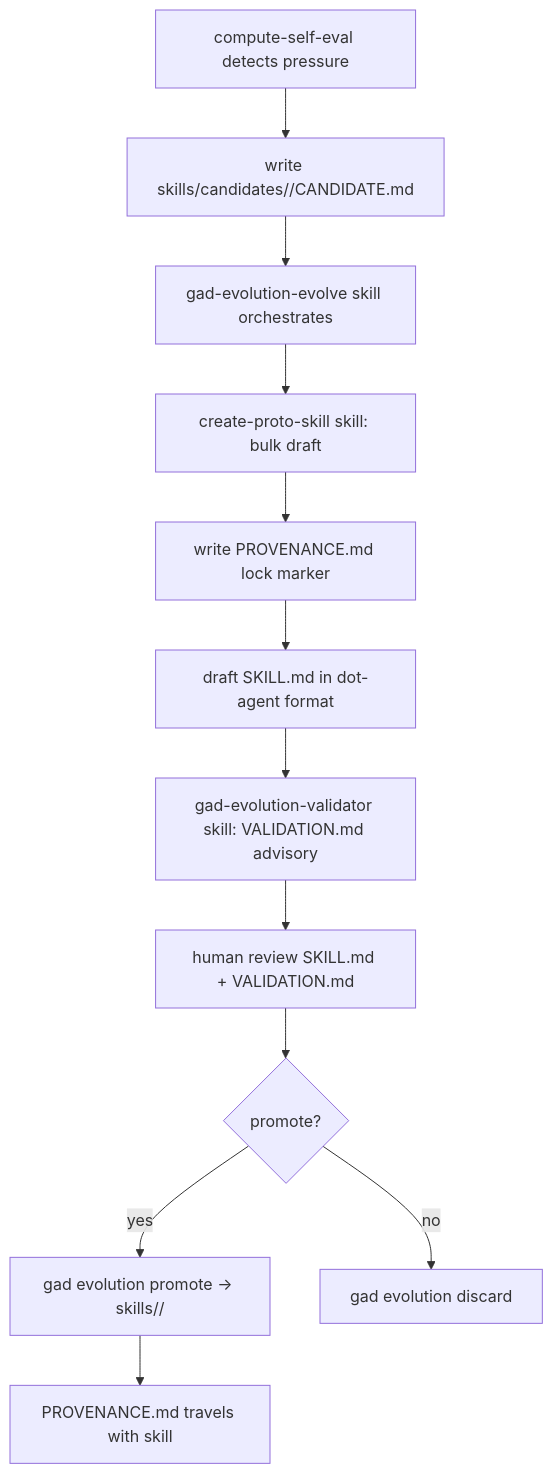
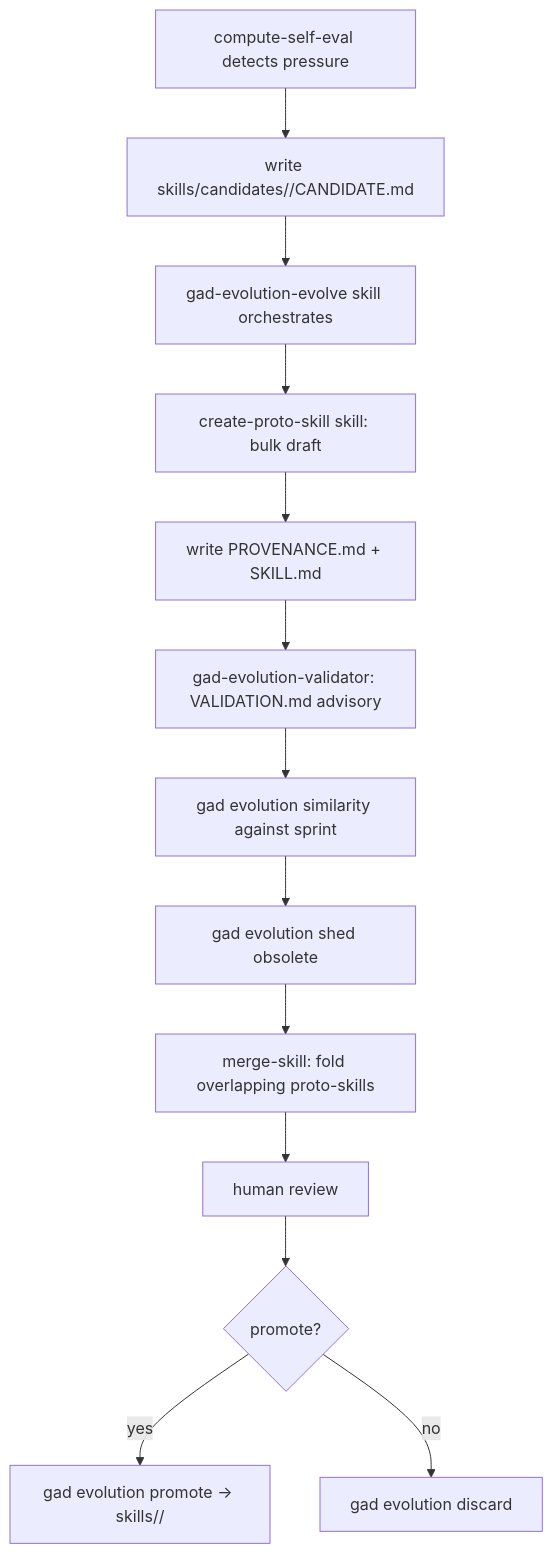
The diagram in .planning/workflows/gad-evolution.md (MagicbornStudios/get-anything-done), drawn with Mermaid before and after one commit. The commit also changed other lines of this file and 6 other files, not shown here.

First line of the commit message:
feat(workflows): author gad-visual-context-identity + upgrade gad-evolution (task 44-23)

````diff
--- a/.planning/workflows/gad-evolution.md
+++ b/.planning/workflows/gad-evolution.md
@@ -30,14 +35,15 @@
 ```mermaid
 flowchart TD
   A[compute-self-eval detects pressure] --> B[write skills/candidates/<slug>/CANDIDATE.md]
   B --> C[gad-evolution-evolve skill orchestrates]
   C --> D[create-proto-skill skill: bulk draft]
-  D --> E[write PROVENANCE.md lock marker]
-  E --> F[draft SKILL.md in dot-agent format]
-  F --> G[gad-evolution-validator skill: VALIDATION.md advisory]
-  G --> H[human review SKILL.md + VALIDATION.md]
-  H --> I{promote?}
-  I -->|yes| J[gad evolution promote -> skills/<name>/]
-  I -->|no| K[gad evolution discard]
-  J --> L[PROVENANCE.md travels with skill]
+  D --> E[write PROVENANCE.md + SKILL.md]
+  E --> F[gad-evolution-validator: VALIDATION.md advisory]
+  F --> G[gad evolution similarity against sprint]
+  G --> H[gad evolution shed obsolete]
+  H --> I[merge-skill: fold overlapping proto-skills]
+  I --> J[human review]
+  J --> K{promote?}
+  K -->|yes| L[gad evolution promote -> skills/<name>/]
+  K -->|no| M[gad evolution discard]
 ```
````
